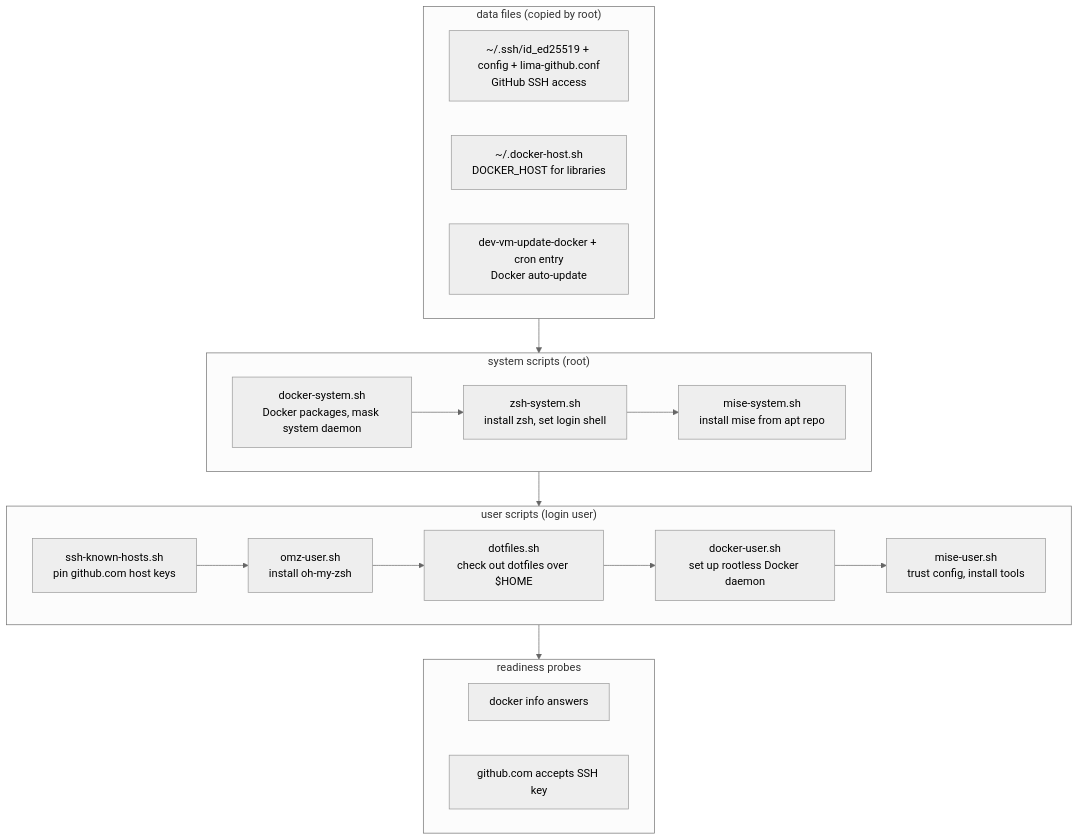
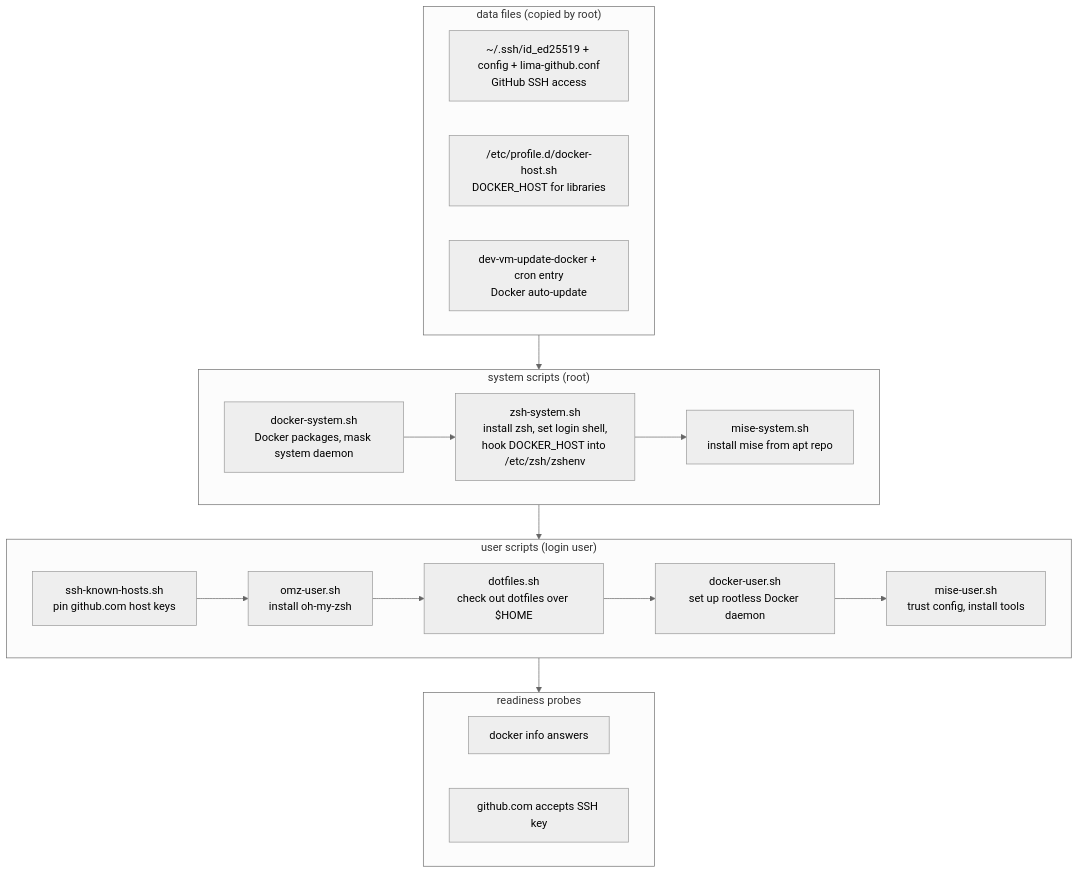
Before and after one commit to robsonpeixoto/dev-vm: the diagram in README.md, drawn with Mermaid (neutral theme). The commit also changed other lines of this file and 5 other files, not shown here.

First line of the commit message:
fix: export DOCKER_HOST globally instead of from ~/.bashrc

````diff
--- a/README.md
+++ b/README.md
@@ -228,33 +230,33 @@
 ```mermaid
 flowchart TD
     subgraph data["data files (copied by root)"]
         d1["~/.ssh/id_ed25519 + config + lima-github.conf<br>GitHub SSH access"]
-        d2["~/.docker-host.sh<br>DOCKER_HOST for libraries"]
+        d2["/etc/profile.d/docker-host.sh<br>DOCKER_HOST for libraries"]
         d3["dev-vm-update-docker + cron entry<br>Docker auto-update"]
     end
 
     subgraph system["system scripts (root)"]
         s1["docker-system.sh<br>Docker packages, mask system daemon"]
-        s2["zsh-system.sh<br>install zsh, set login shell"]
+        s2["zsh-system.sh<br>install zsh, set login shell,<br>hook DOCKER_HOST into /etc/zsh/zshenv"]
         s3["mise-system.sh<br>install mise from apt repo"]
     end
 
     subgraph user["user scripts (login user)"]
         u1["ssh-known-hosts.sh<br>pin github.com host keys"]
         u2["omz-user.sh<br>install oh-my-zsh"]
         u3["dotfiles.sh<br>check out dotfiles over $HOME"]
         u4["docker-user.sh<br>set up rootless Docker daemon"]
         u5["mise-user.sh<br>trust config, install tools"]
     end
 
     subgraph probes["readiness probes"]
         p1["docker info answers"]
         p2["github.com accepts SSH key"]
     end
 
     data --> system
     s1 --> s2 --> s3
     system --> user
     u1 --> u2 --> u3 --> u4 --> u5
     user --> probes
 ```
````
